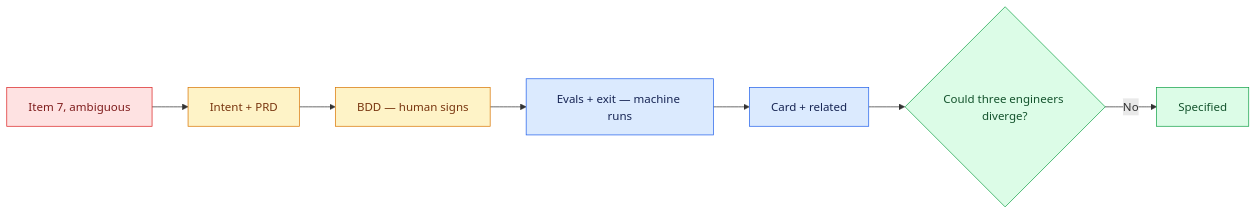
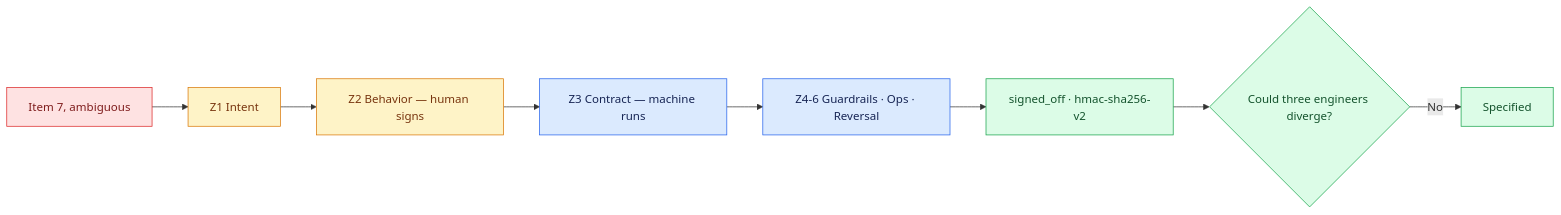
One commit to emersonnaka/uc-transact-co changed the diagram in live/d3/02-tasks-pack.md. Above: the diagram before and after it, drawn with Mermaid. The commit also changed other lines of this file and 42 other files, not shown here.

````diff
--- a/live/d3/02-tasks-pack.md
+++ b/live/d3/02-tasks-pack.md
@@ -18,19 +18,20 @@
 ```mermaid
 flowchart LR
-    A[Item 7, ambiguous] --> B[Intent + PRD]
-    B --> C[BDD — human signs]
-    C --> D[Evals + exit — machine runs]
-    D --> E[Card + related]
-    E --> F{Could three engineers diverge?}
-    F -->|No| G[Specified]
+    A[Item 7, ambiguous] --> B[Z1 Intent]
+    B --> C[Z2 Behavior — human signs]
+    C --> D[Z3 Contract — machine runs]
+    D --> E[Z4-6 Guardrails · Ops · Reversal]
+    E --> F[signed_off · hmac-sha256-v2]
+    F --> G{Could three engineers diverge?}
+    G -->|No| H[Specified]
 
     classDef fail fill:#FEE2E2,stroke:#DC2626,color:#7F1D1D
     classDef human fill:#FEF3C7,stroke:#D97706,color:#78350F
     classDef machine fill:#DBEAFE,stroke:#2563EB,color:#172554
     classDef gate fill:#DCFCE7,stroke:#16A34A,color:#14532D
     class A fail
     class B,C human
     class D,E machine
-    class F gate
-    class G gate
+    class F,G gate
+    class H gate
 ```
````
